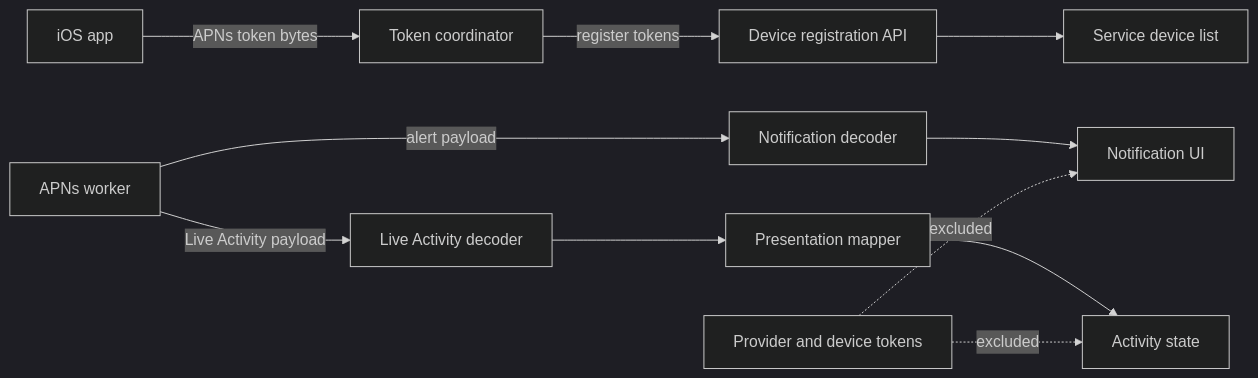
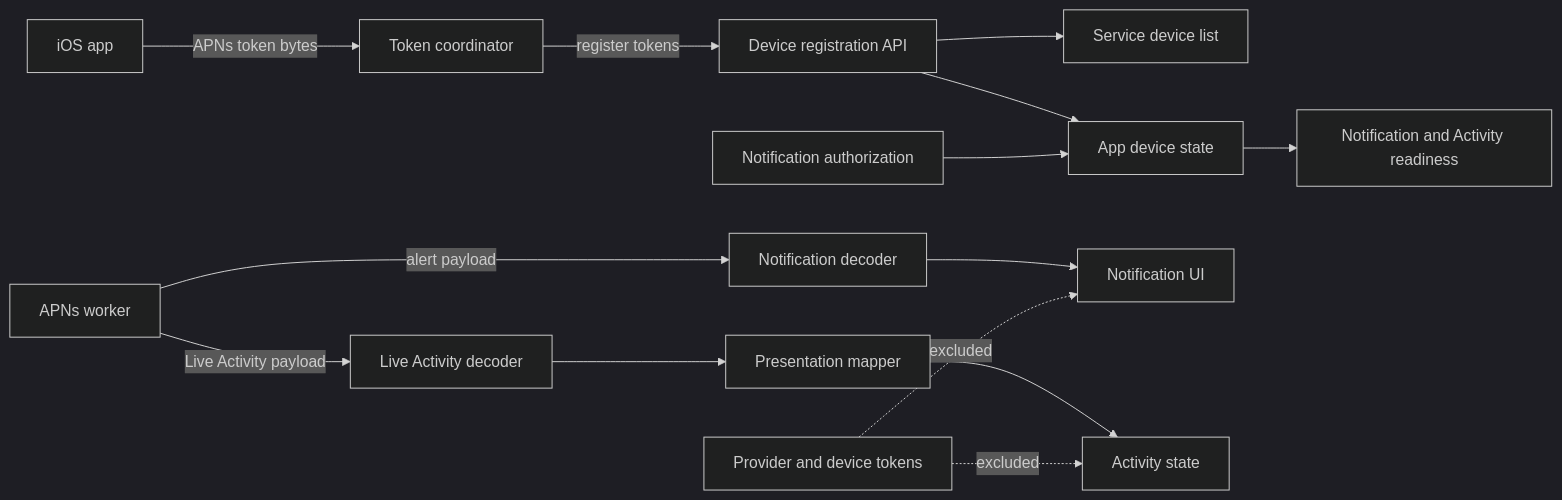
Before and after one commit to dotbrains/beam: the diagram in docs/ios.md, drawn with Mermaid (dark theme). The commit also changed other lines of this file and 2 other files, not shown here.

Commit message:
feat: model iOS app device readiness

````diff
--- a/docs/ios.md
+++ b/docs/ios.md
@@ -8,13 +8,16 @@
 ```mermaid
 flowchart LR
   app[iOS app] -->|APNs token bytes| coordinator[Token coordinator]
   coordinator -->|register tokens| api[Device registration API]
   api --> service[Service device list]
+  api --> deviceState[App device state]
+  permission[Notification authorization] --> deviceState
+  deviceState --> routing[Notification and Activity readiness]
   worker[APNs worker] -->|alert payload| notification[Notification decoder]
   worker -->|Live Activity payload| activity[Live Activity decoder]
   notification --> ui[Notification UI]
   activity --> presentation[Presentation mapper]
   presentation --> live[Activity state]
   secrets[Provider and device tokens] -. excluded .-> ui
   secrets -. excluded .-> live
 ```
````
